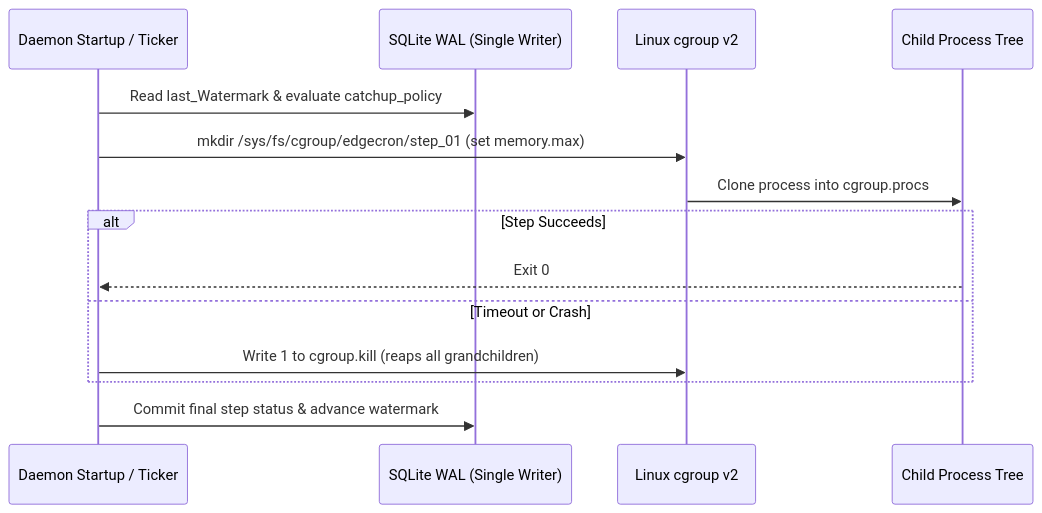
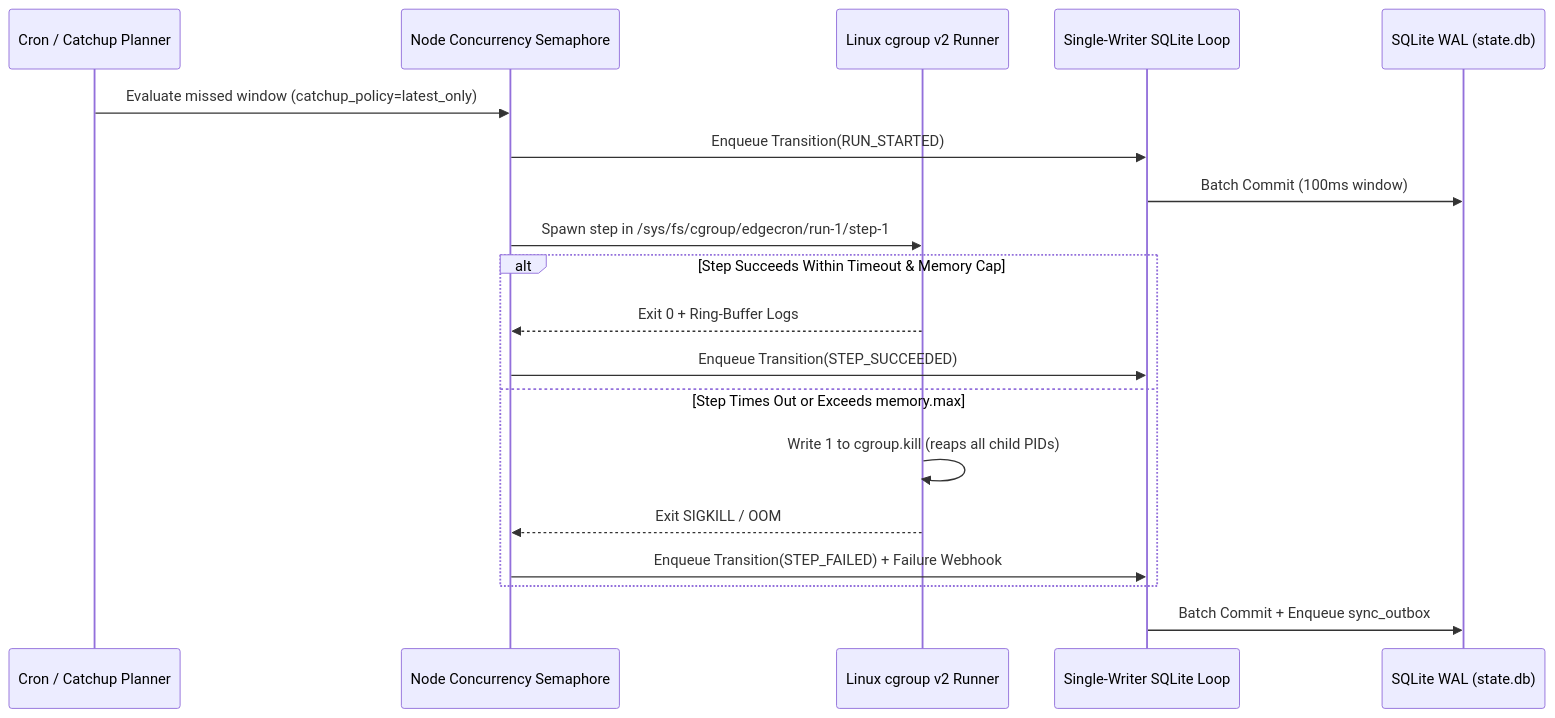
The second of 2 diagrams in examples/edge-cron-scheduler/SPEC.md (thilak15/preflight), drawn with Mermaid before and after one commit. The commit also changed other lines of this file and 32 other files, not shown here.

````diff
--- a/examples/edge-cron-scheduler/SPEC.md
+++ b/examples/edge-cron-scheduler/SPEC.md
@@ -122,16 +174,22 @@
 ```mermaid
 sequenceDiagram
-    participant Boot as Daemon Startup / Ticker
-    participant DB as SQLite WAL (Single Writer)
-    participant CG as Linux cgroup v2
-    participant Step as Child Process Tree
-    Boot->>DB: Read last_Watermark & evaluate catchup_policy
-    Boot->>CG: mkdir /sys/fs/cgroup/edgecron/step_01 (set memory.max)
-    CG->>Step: Clone process into cgroup.procs
-    alt Step Succeeds
-        Step-->>Boot: Exit 0
-    else Timeout or Crash
-        Boot->>CG: Write 1 to cgroup.kill (reaps all grandchildren)
+    participant Timer as Cron / Catchup Planner
+    participant Sem as Node Concurrency Semaphore
+    participant Cgroup as Linux cgroup v2 Runner
+    participant Writer as Single-Writer SQLite Loop
+    participant DB as SQLite WAL (state.db)
+
+    Timer->>Sem: Evaluate missed window (catchup_policy=latest_only)
+    Sem->>Writer: Enqueue Transition(RUN_STARTED)
+    Writer->>DB: Batch Commit (100ms window)
+    Sem->>Cgroup: Spawn step in /sys/fs/cgroup/edgecron/run-1/step-1
+    alt Step Succeeds Within Timeout & Memory Cap
+        Cgroup-->>Sem: Exit 0 + Ring-Buffer Logs
+        Sem->>Writer: Enqueue Transition(STEP_SUCCEEDED)
+    else Step Times Out or Exceeds memory.max
+        Cgroup->>Cgroup: Write 1 to cgroup.kill (reaps all child PIDs)
+        Cgroup-->>Sem: Exit SIGKILL / OOM
+        Sem->>Writer: Enqueue Transition(STEP_FAILED) + Failure Webhook
     end
-    Boot->>DB: Commit final step status & advance watermark
+    Writer->>DB: Batch Commit + Enqueue sync_outbox
 ```
````
